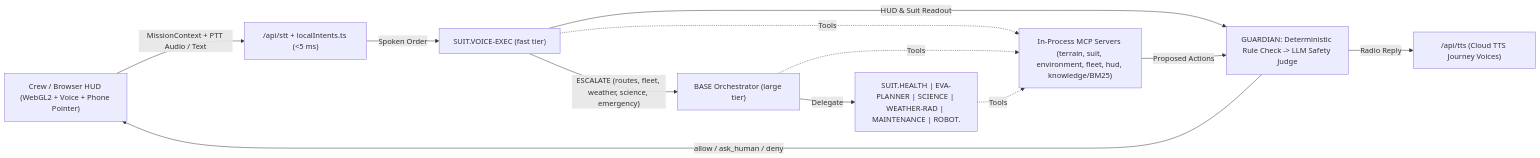
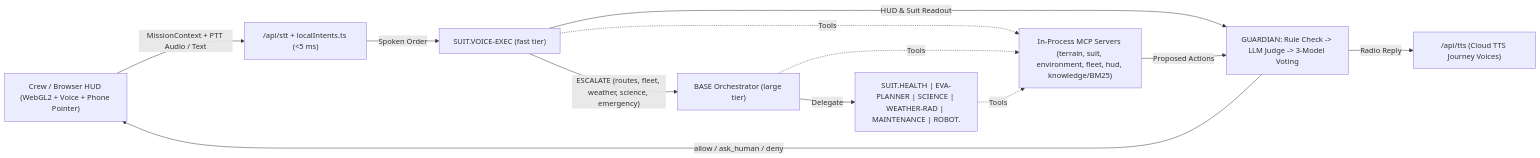
The diagram in README.md (agustindiazcano/nasa-mars-tango-horizon), drawn with Mermaid before and after one commit. The commit also changed other lines of this file and 1 other file, not shown here.

````diff
--- a/README.md
+++ b/README.md
@@ -47,14 +60,14 @@
 ```mermaid
 flowchart LR
   CREW["Crew / Browser HUD (WebGL2 + Voice + Phone Pointer)"] -->|"MissionContext + PTT Audio / Text"| STT["/api/stt + localIntents.ts (<5 ms)"]
   STT -->|"Spoken Order"| VOICE["SUIT.VOICE-EXEC (fast tier)"]
   VOICE -->|"HUD & Suit Readout"| GUARD
   VOICE -->|"ESCALATE (routes, fleet, weather, science, emergency)"| BASE["BASE Orchestrator (large tier)"]
   BASE -->|"Delegate"| SPEC["SUIT.HEALTH | EVA-PLANNER | SCIENCE | WEATHER-RAD | MAINTENANCE | ROBOT.<id>"]
   VOICE -.->|"Tools"| MCP
   BASE -.->|"Tools"| MCP["In-Process MCP Servers (terrain, suit, environment, fleet, hud, knowledge/BM25)"]
   SPEC -.->|"Tools"| MCP
-  MCP -->|"Proposed Actions"| GUARD["GUARDIAN: Deterministic Rule Check -> LLM Safety Judge"]
+  MCP -->|"Proposed Actions"| GUARD["GUARDIAN: Rule Check -> LLM Judge -> 3-Model Voting"]
   GUARD -->|"allow / ask_human / deny"| CREW
   GUARD -->|"Radio Reply"| TTS["/api/tts (Cloud TTS Journey Voices)"]
 ```
````
